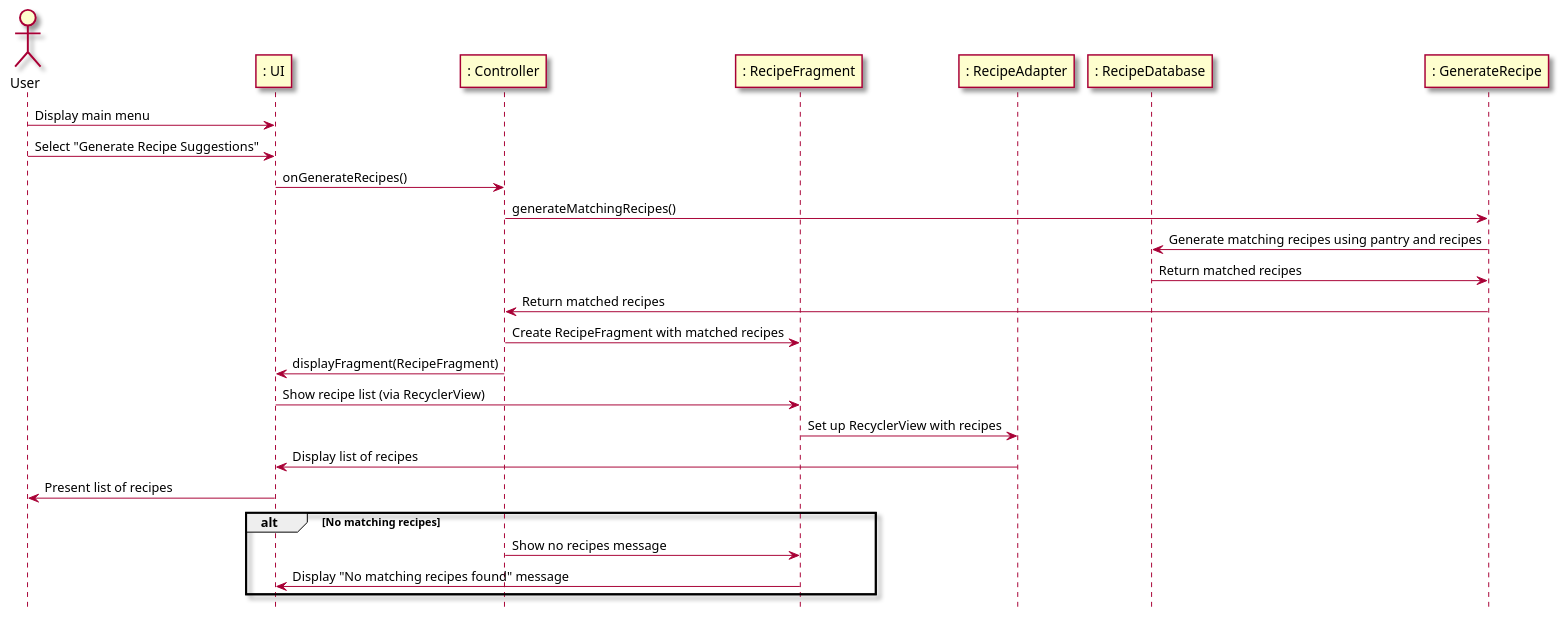
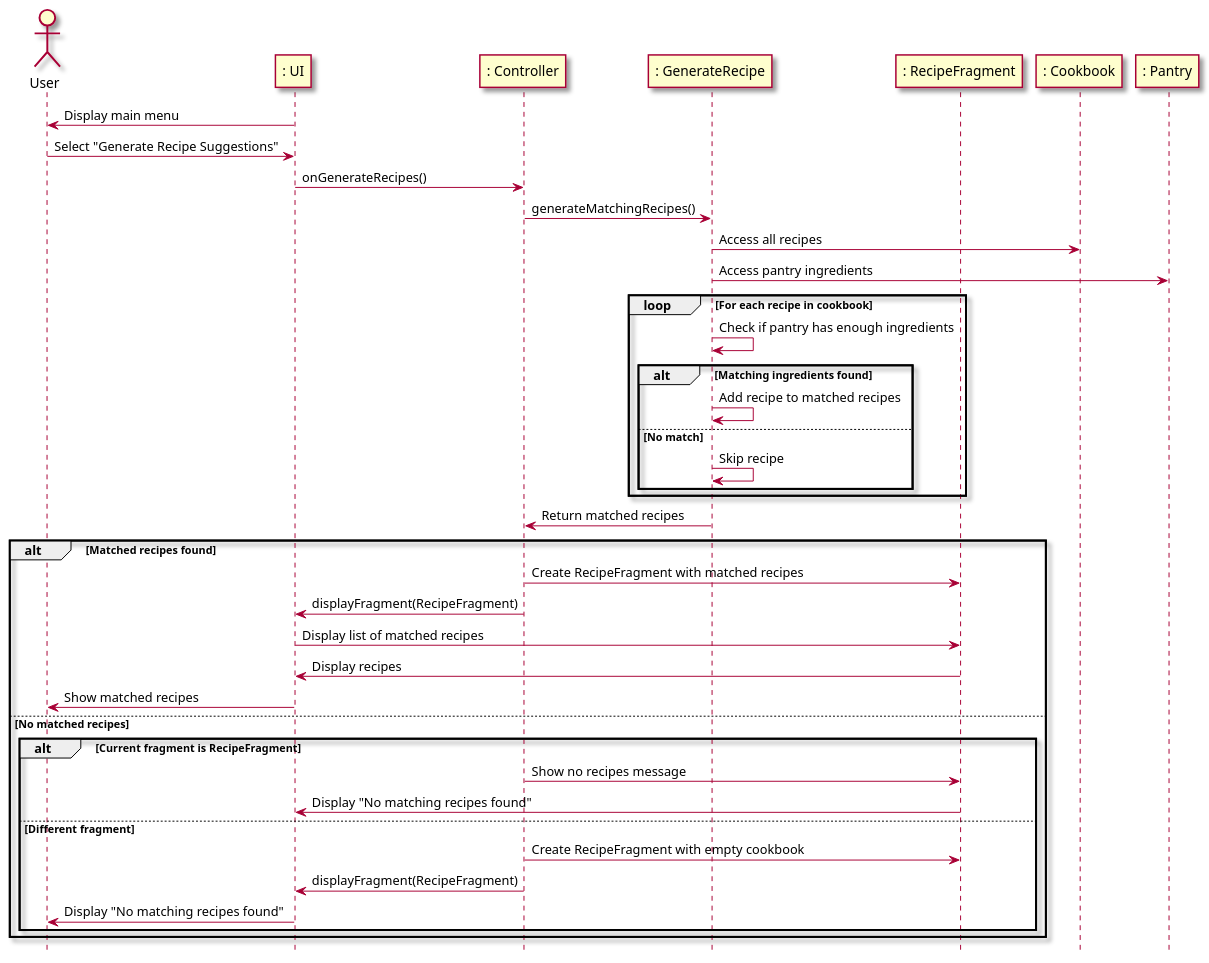
Before and after one commit to berthashipper/Pantry-Pal-Android-Application: the second of 2 diagrams in intellij/doc/use-cases/generate_recipe.md, drawn with PlantUML.

Commit message:
Fixed discrepancy in generate recipe sequence diagram

````diff
--- a/intellij/doc/use-cases/generate_recipe.md
+++ b/intellij/doc/use-cases/generate_recipe.md
@@ -64,39 +64,51 @@
 ```plantuml
 @startuml
 skin rose
 
 hide footbox
 
 actor User as user
 participant ": UI" as ui
 participant ": Controller" as cont
+participant ": GenerateRecipe" as gr
 participant ": RecipeFragment" as rf
-participant ": RecipeAdapter" as ra
-participant ": RecipeDatabase" as recd
-participant ": GenerateRecipe" as gr
+participant ": Cookbook" as cb
+participant ": Pantry" as pantry
 
-user -> ui: Display main menu
+ui -> user: Display main menu
 user -> ui: Select "Generate Recipe Suggestions"
 ui -> cont: onGenerateRecipes()
 
 cont -> gr: generateMatchingRecipes()
-gr -> recd: Generate matching recipes using pantry and recipes
-recd -> gr: Return matched recipes
+gr -> cb: Access all recipes
+gr -> pantry: Access pantry ingredients
+loop For each recipe in cookbook
+    gr -> gr: Check if pantry has enough ingredients
+    alt Matching ingredients found
+        gr -> gr: Add recipe to matched recipes
+    else No match
+        gr -> gr: Skip recipe
+    end
+end
 gr -> cont: Return matched recipes
-cont -> rf: Create RecipeFragment with matched recipes
-cont -> ui: displayFragment(RecipeFragment)
 
-ui -> rf: Show recipe list (via RecyclerView)
-rf -> ra: Set up RecyclerView with recipes
-ra -> ui: Display list of recipes
-ui -> user: Present list of recipes
-
-alt No matching recipes
-    cont -> rf: Show no recipes message
-    rf -> ui: Display "No matching recipes found" message
+alt Matched recipes found
+    cont -> rf: Create RecipeFragment with matched recipes
+    cont -> ui: displayFragment(RecipeFragment)
+    ui -> rf: Display list of matched recipes
+    rf -> ui: Display recipes
+    ui -> user: Show matched recipes
+else No matched recipes
+    alt Current fragment is RecipeFragment
+        cont -> rf: Show no recipes message
+        rf -> ui: Display "No matching recipes found"
+    else Different fragment
+        cont -> rf: Create RecipeFragment with empty cookbook
+        cont -> ui: displayFragment(RecipeFragment)
+        ui -> user: Display "No matching recipes found"
+    end
 end
 
 @enduml
 
-
 ```
````
